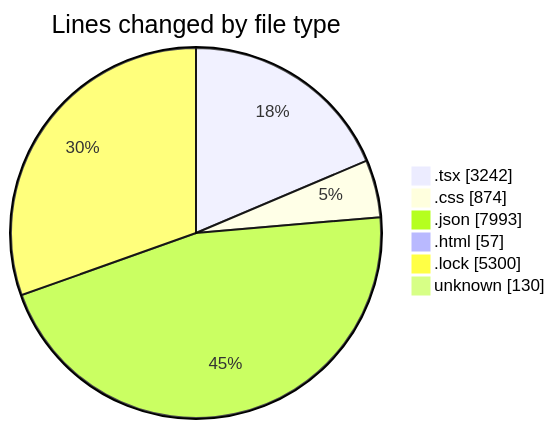
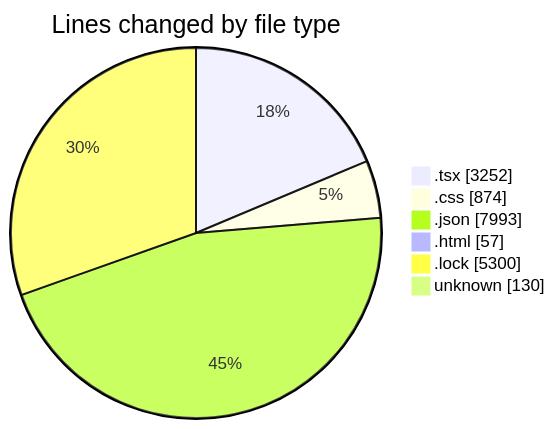
One commit to EIIisD/code-tracking changed the first of 2 diagrams in 2025-08-12/ribbon/README.md. Above: the diagram before and after it, drawn with Mermaid. The commit also changed other lines of this file and 1 other file, not shown here.

````diff
--- a/2025-08-12/ribbon/README.md
+++ b/2025-08-12/ribbon/README.md
@@ -39,10 +39,10 @@
 ```mermaid
 pie showData
 title Lines changed by file type
-".tsx" : 3242
+".tsx" : 3252
 ".css" : 874
 ".json" : 7993
 ".html" : 57
 ".lock" : 5300
 "unknown" : 130
 ```
````
